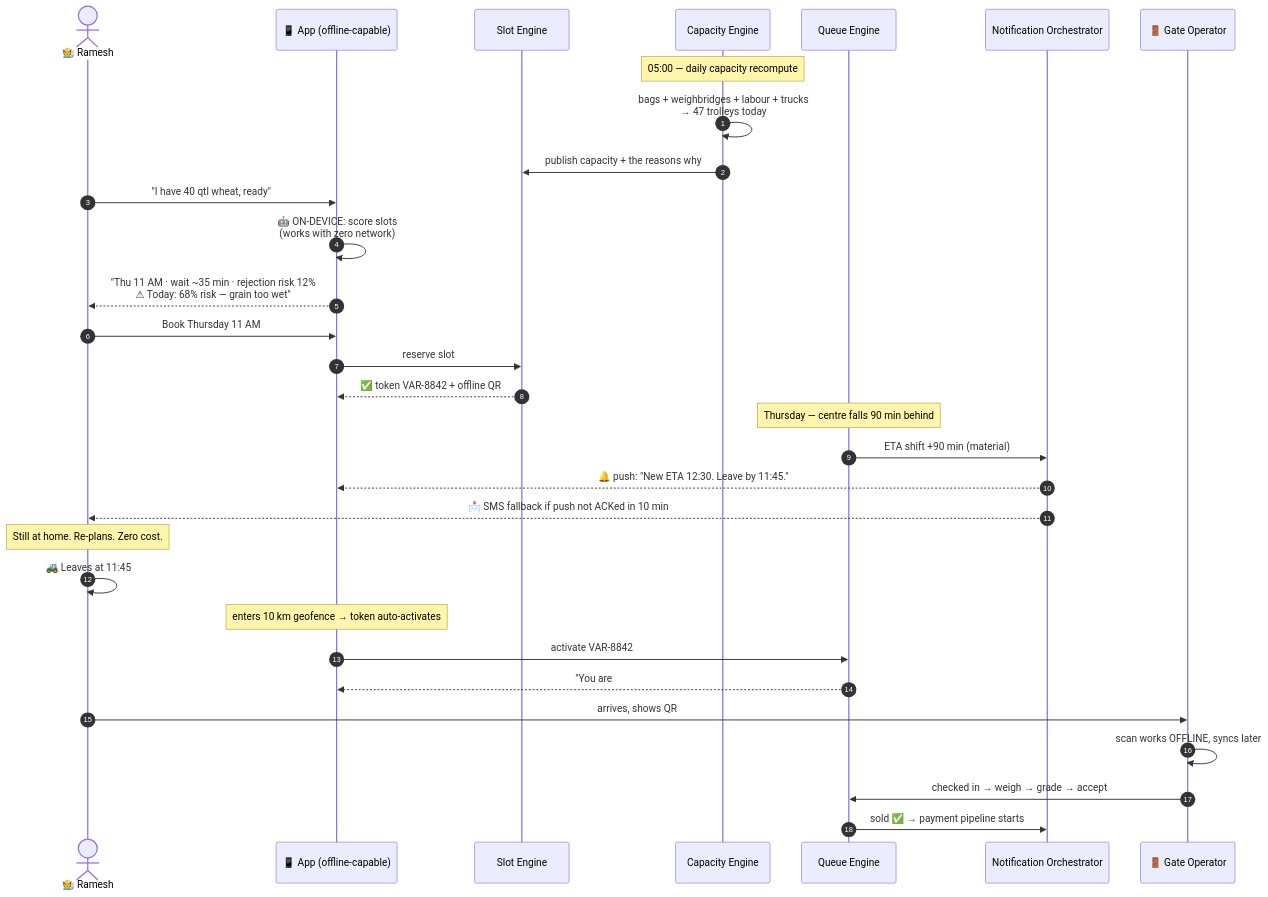
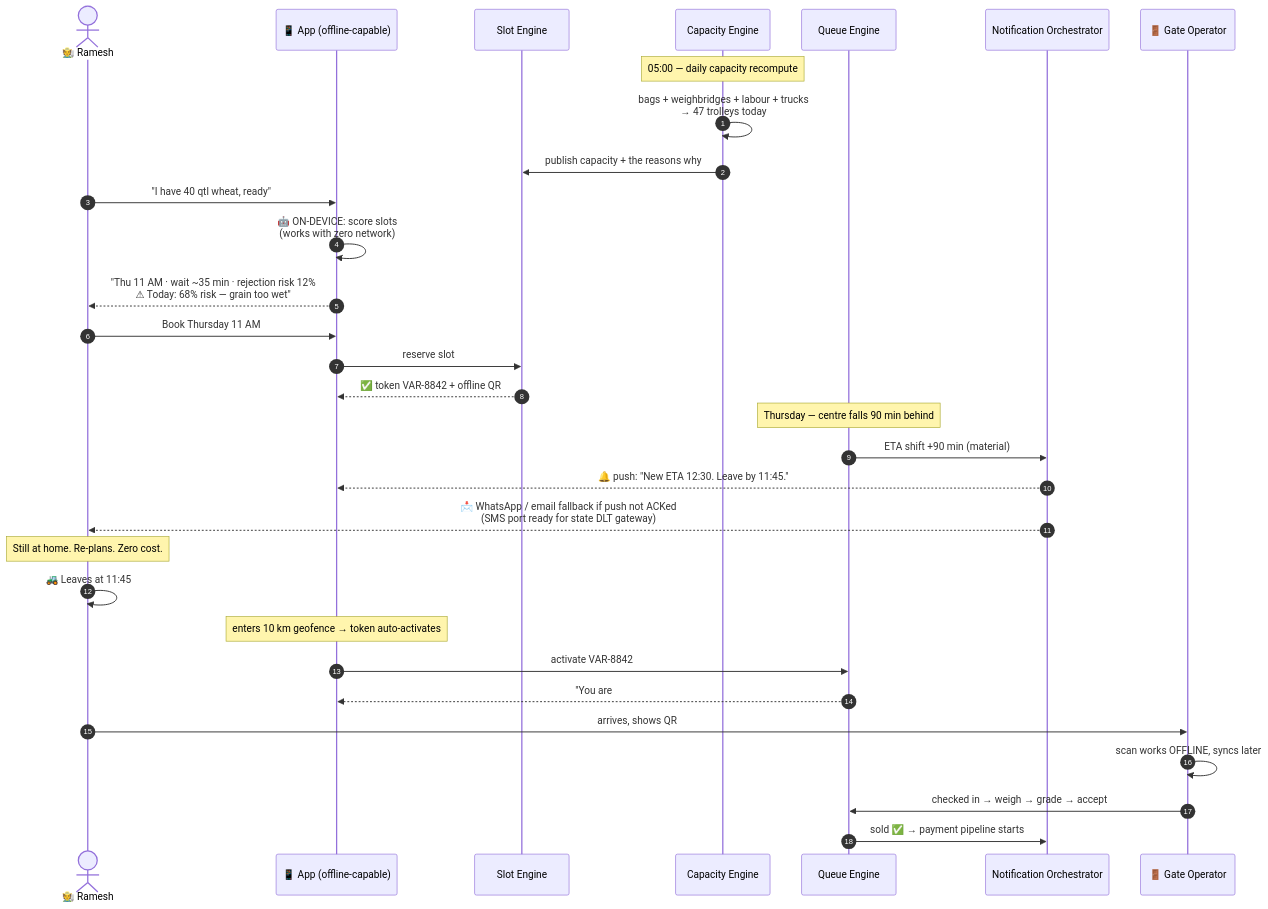
One commit to PanavPatel06/SIH2026 changed the fourth of 18 diagrams in README.md. Above: the diagram before and after it, drawn with Mermaid. The commit also changed other lines of this file and 52 other files, not shown here.

````diff
--- a/README.md
+++ b/README.md
@@ -192,38 +194,38 @@
 ```mermaid
 sequenceDiagram
     autonumber
     actor F as 🧑‍🌾 Ramesh
     participant A as 📱 App (offline-capable)
     participant S as Slot Engine
     participant C as Capacity Engine
     participant Q as Queue Engine
     participant N as Notification Orchestrator
     participant G as 🚪 Gate Operator
 
     Note over C: 05:00 — daily capacity recompute
     C->>C: bags + weighbridges + labour + trucks<br/>→ 47 trolleys today
     C->>S: publish capacity + the reasons why
 
     F->>A: "I have 40 qtl wheat, ready"
     A->>A: 🤖 ON-DEVICE: score slots<br/>(works with zero network)
     A-->>F: "Thu 11 AM · wait ~35 min · rejection risk 12%<br/>⚠ Today: 68% risk — grain too wet"
     F->>A: Book Thursday 11 AM
     A->>S: reserve slot
     S-->>A: ✅ token VAR-8842 + offline QR
 
     Note over Q: Thursday — centre falls 90 min behind
     Q->>N: ETA shift +90 min (material)
     N-->>A: 🔔 push: "New ETA 12:30. Leave by 11:45."
-    N-->>F: 📩 SMS fallback if push not ACKed in 10 min
+    N-->>F: 📩 WhatsApp / email fallback if push not ACKed<br/>(SMS port ready for state DLT gateway)
     Note over F: Still at home. Re-plans. Zero cost.
 
     F->>F: 🚜 Leaves at 11:45
     Note over A: enters 10 km geofence → token auto-activates
     A->>Q: activate VAR-8842
     Q-->>A: "You are #3. Direct to Lane 2."
 
     F->>G: arrives, shows QR
     G->>G: scan works OFFLINE, syncs later
     G->>Q: checked in → weigh → grade → accept
     Q->>N: sold ✅ → payment pipeline starts
 ```
````
